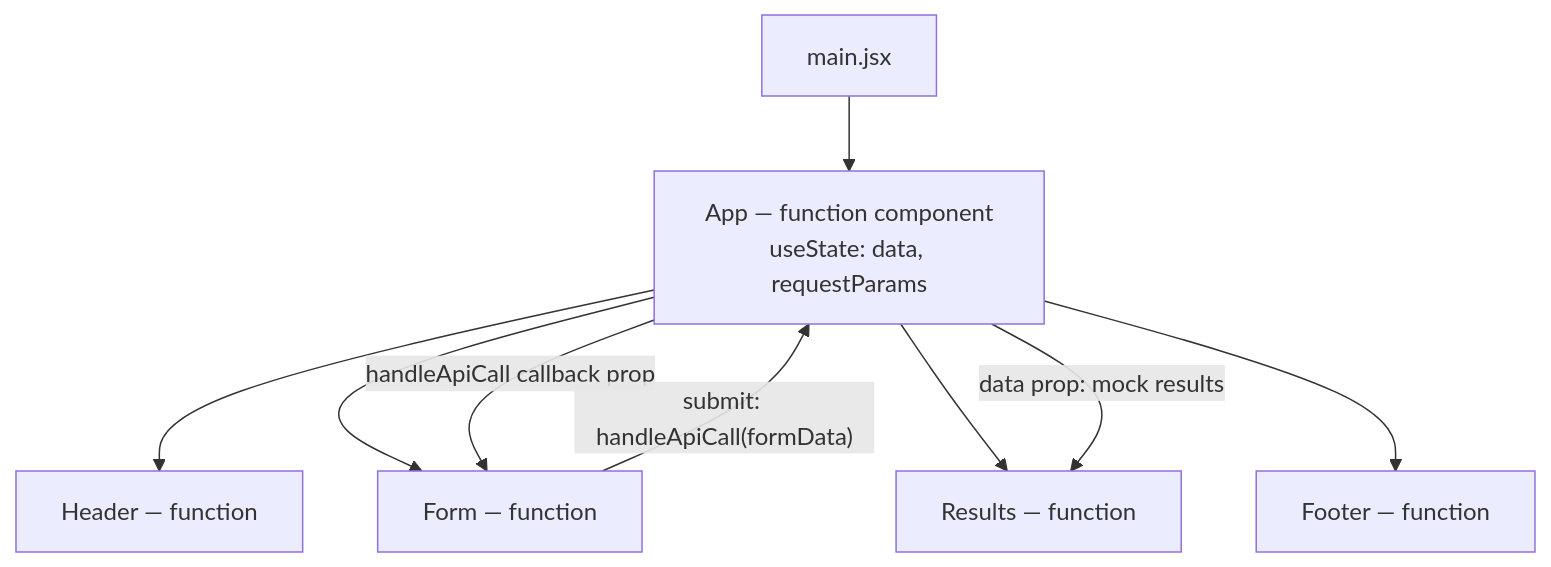
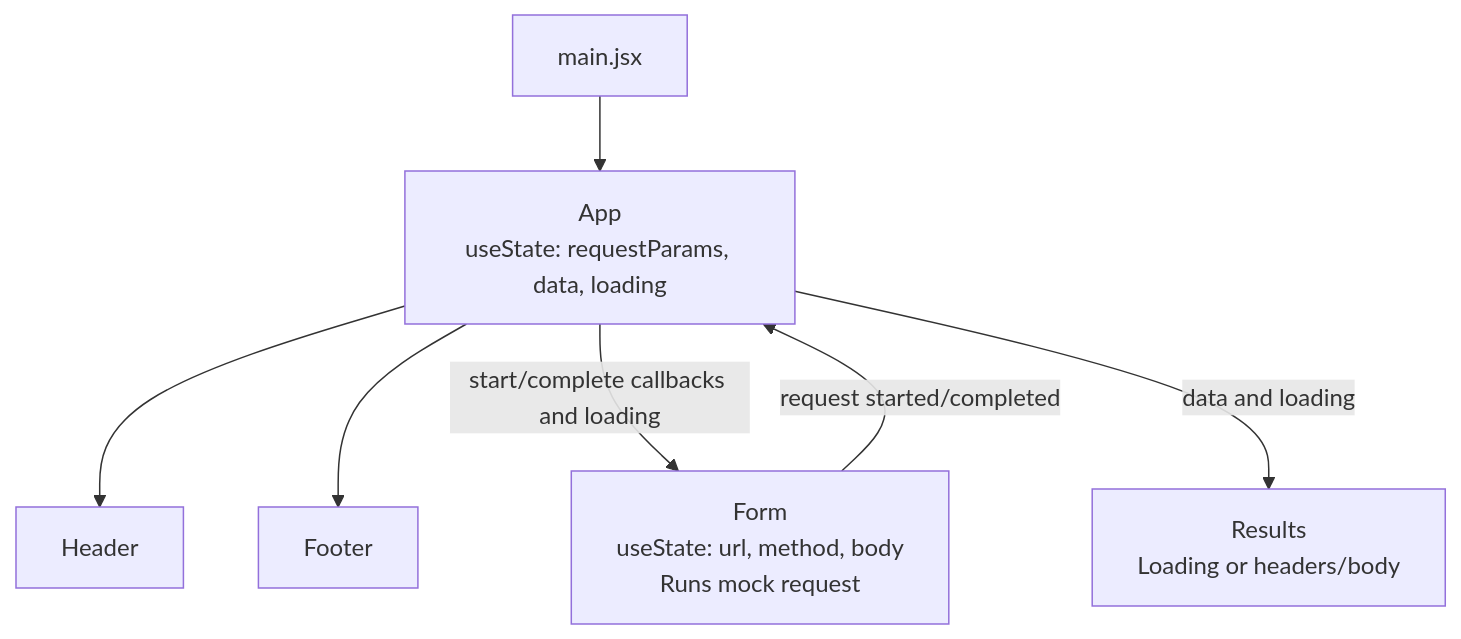
One commit to tonch-LIV/rest-ez changed the diagram in README.md. Above: the diagram before and after it, drawn with Mermaid. The commit also changed other lines of this file and 9 other files, not shown here.

Commit message:
Complete useState request flow and add tests

````diff
--- a/README.md
+++ b/README.md
@@ -52,12 +56,9 @@
 ```mermaid
 flowchart TD
-    Main["main.jsx"] --> App["App — function component<br/>useState: data, requestParams"]
-    App --> Header["Header — function"]
-    App --> Form["Form — function"]
-    App --> Results["Results — function"]
-    App --> Footer["Footer — function"]
-
-    App -->|"handleApiCall callback prop"| Form
-    Form -->|"submit: handleApiCall(formData)"| App
-    App -->|"data prop: mock results"| Results
+    Main["main.jsx"] --> App["App<br/>useState: requestParams, data, loading"]
+    App --> Header["Header"]
+    App --> Footer["Footer"]
+    App -->|"start/complete callbacks and loading"| Form["Form<br/>useState: url, method, body<br/>Runs mock request"]
+    Form -->|"request started/completed"| App
+    App -->|"data and loading"| Results["Results<br/>Loading or headers/body"]
 ```
````
